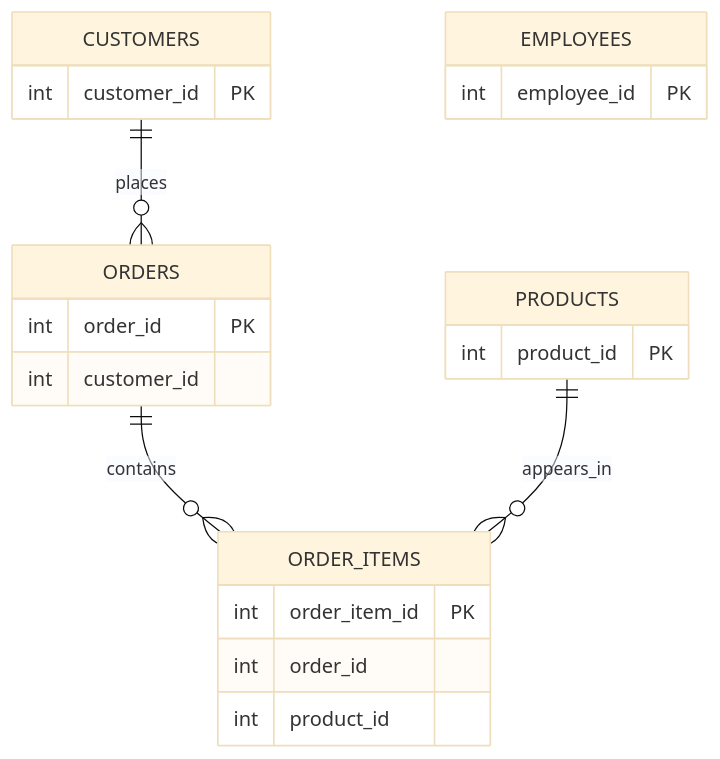
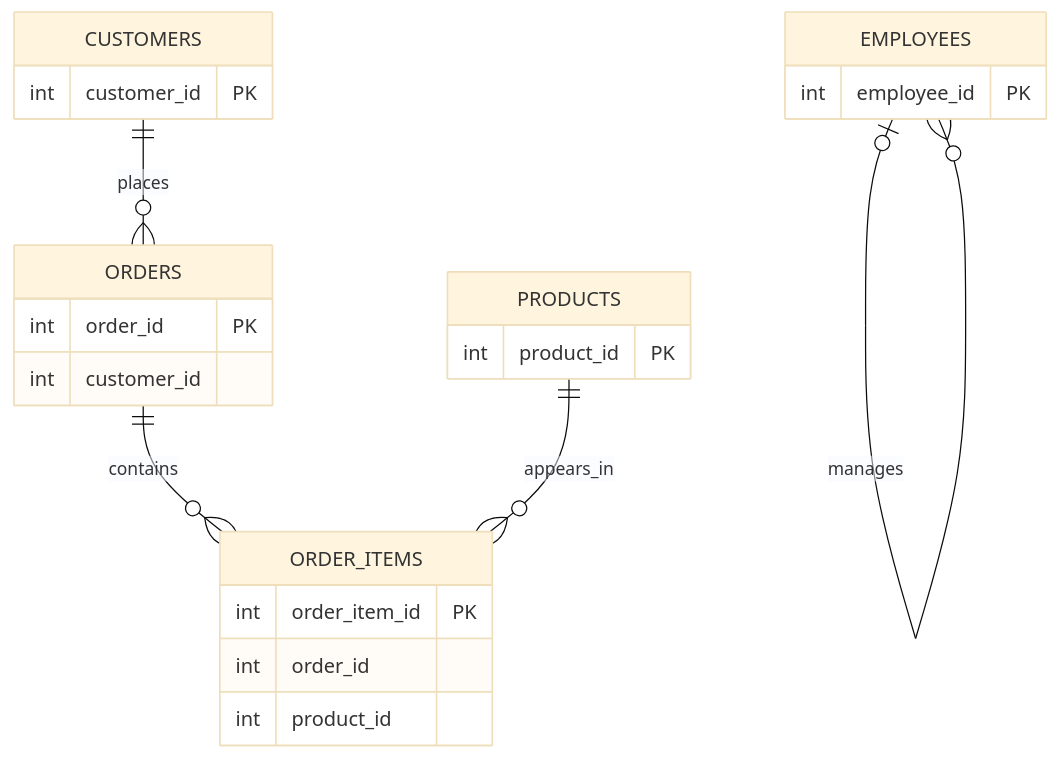
One commit to EricOdhiambo/SQL-Practice-for-Data-Engineering changed the diagram in docs/data_model.md. Above: the diagram before and after it, drawn with Mermaid (base theme). The commit also changed other lines of this file, not shown here.

Commit message:
Add self-referential relationship for employees
Added a self-referential relationship for employees managing other employees.

````diff
--- a/docs/data_model.md
+++ b/docs/data_model.md
@@ -10,29 +10,30 @@
 ```mermaid
 erDiagram
     CUSTOMERS ||--o{ ORDERS : places
     ORDERS ||--o{ ORDER_ITEMS : contains
     PRODUCTS ||--o{ ORDER_ITEMS : appears_in
+    EMPLOYEES o|--o{ EMPLOYEES : manages
 
     CUSTOMERS {
         int customer_id PK
     }
 
     ORDERS {
         int order_id PK
         int customer_id
     }
 
     ORDER_ITEMS {
         int order_item_id PK
         int order_id
         int product_id
     }
 
     PRODUCTS {
         int product_id PK
     }
 
     EMPLOYEES {
         int employee_id PK
     }
 ```
````
